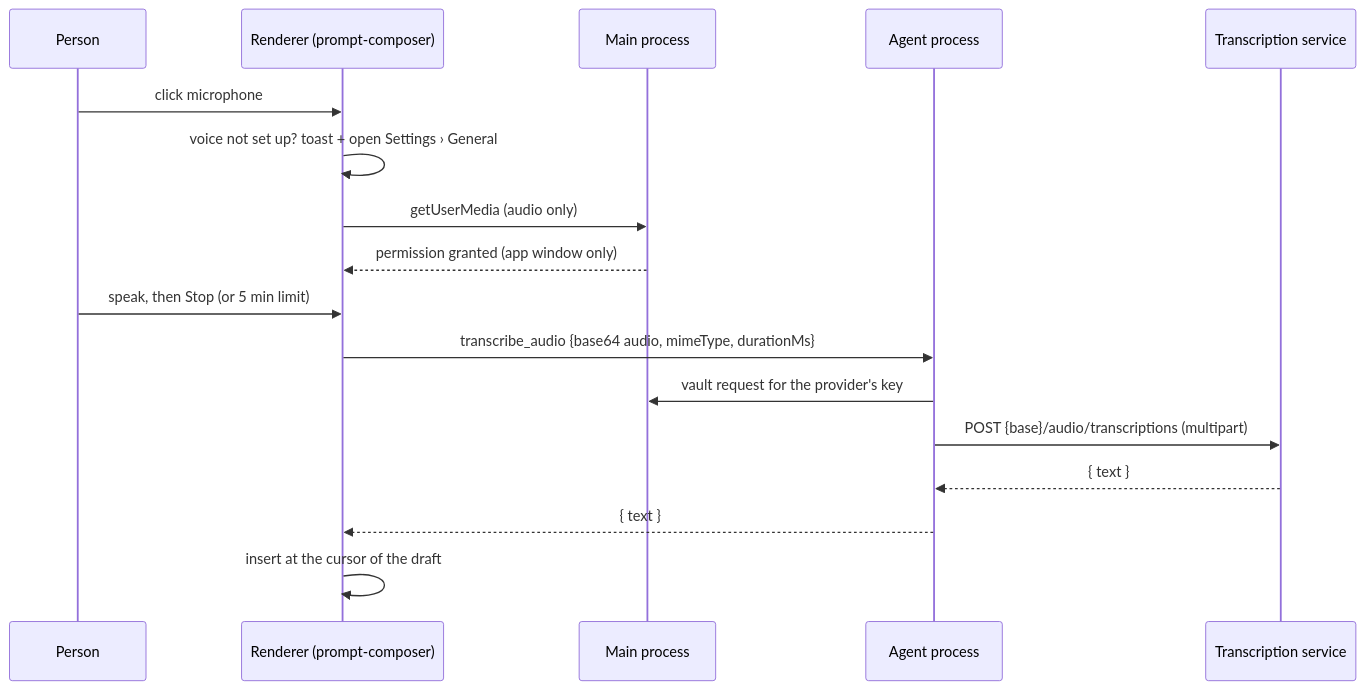
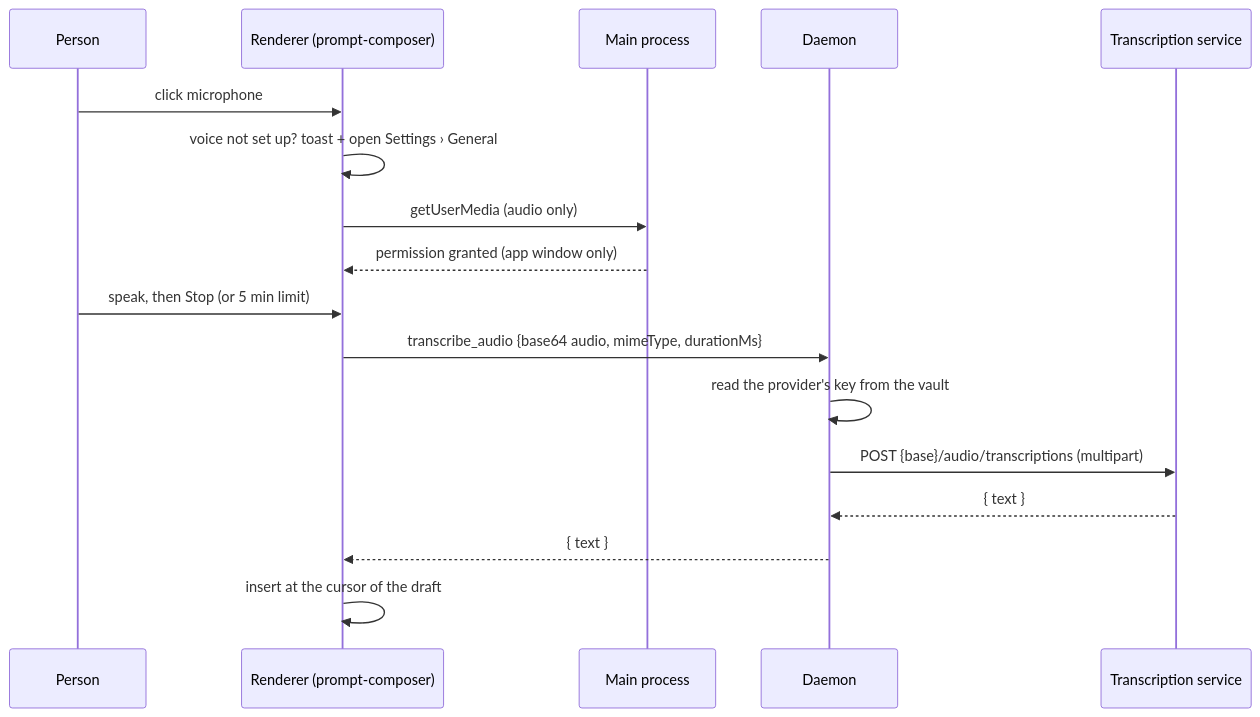
The diagram in docs/project-pdr/use-case-voice-input.md (pp-techs/pp-agent), drawn with Mermaid before and after one commit. The commit also changed other lines of this file and 167 other files, not shown here.

First line of the commit message:
feat(agent): run the agent in a background daemon and add a Telegram channel (#16)

````diff
--- a/docs/project-pdr/use-case-voice-input.md
+++ b/docs/project-pdr/use-case-voice-input.md
@@ -9,19 +9,19 @@
 ```mermaid
 sequenceDiagram
   participant U as Person
   participant R as Renderer (prompt-composer)
   participant M as Main process
-  participant A as Agent process
+  participant A as Daemon
   participant S as Transcription service
   U->>R: click microphone
   R->>R: voice not set up? toast + open Settings › General
   R->>M: getUserMedia (audio only)
   M-->>R: permission granted (app window only)
   U->>R: speak, then Stop (or 5 min limit)
   R->>A: transcribe_audio {base64 audio, mimeType, durationMs}
-  A->>M: vault request for the provider's key
+  A->>A: read the provider's key from the vault
   A->>S: POST {base}/audio/transcriptions (multipart)
   S-->>A: { text }
   A-->>R: { text }
   R->>R: insert at the cursor of the draft
 ```
````
